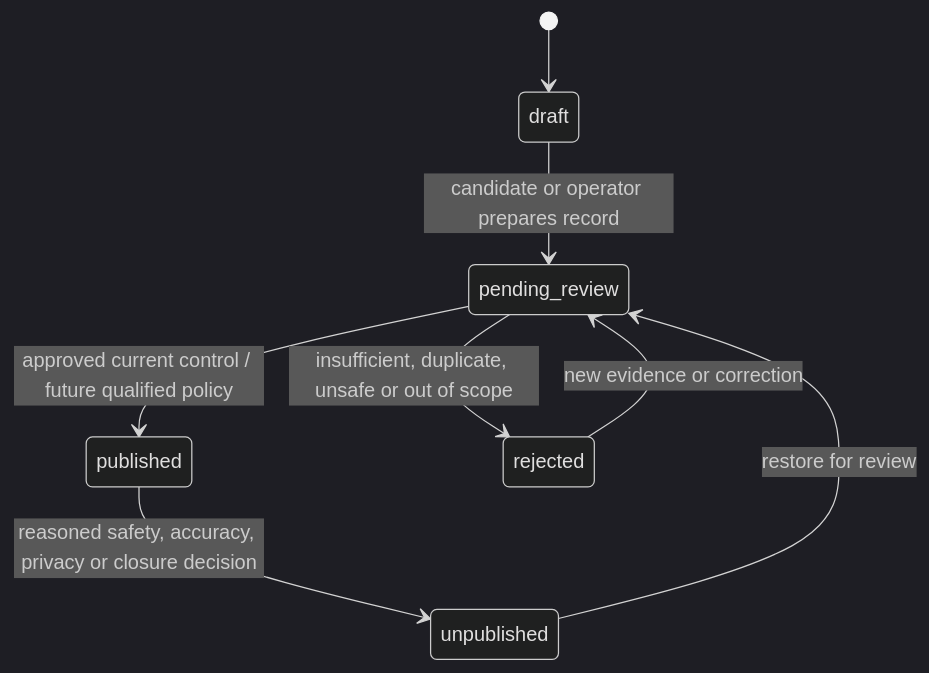
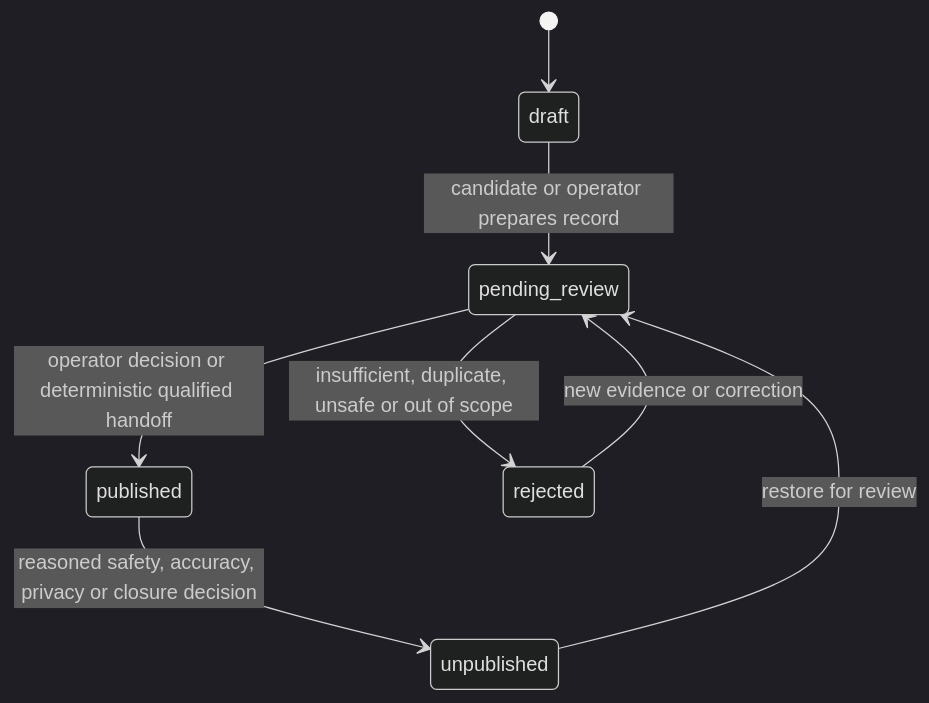
Before and after one commit to carlsuburbmates/suburbmates: the diagram in docs/REFERENCE/SuburbMates — Listing Lifecycle and Release-State Contract.md, drawn with Mermaid (dark theme). The commit also changed other lines of this file and 3 other files, not shown here.

````diff
--- a/docs/REFERENCE/SuburbMates — Listing Lifecycle and Release-State Contract.md
+++ b/docs/REFERENCE/SuburbMates — Listing Lifecycle and Release-State Contract.md
@@ -38,10 +38,10 @@
 ```mermaid
 stateDiagram-v2
   [*] --> draft
   draft --> pending_review: candidate or operator prepares record
-  pending_review --> published: approved current control / future qualified policy
+  pending_review --> published: operator decision or deterministic qualified handoff
   pending_review --> rejected: insufficient, duplicate, unsafe or out of scope
   published --> unpublished: reasoned safety, accuracy, privacy or closure decision
   unpublished --> pending_review: restore for review
   rejected --> pending_review: new evidence or correction
 ```
````
